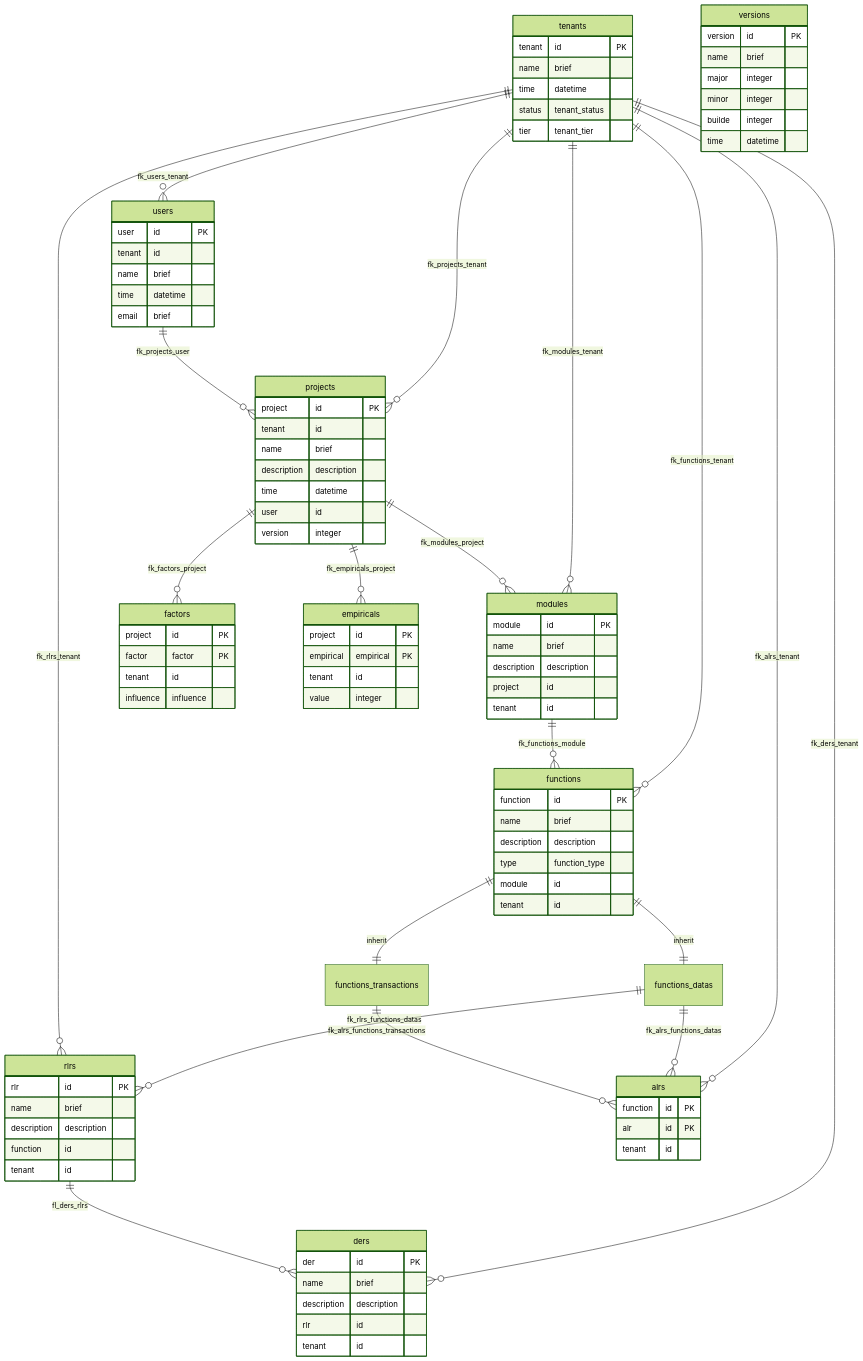
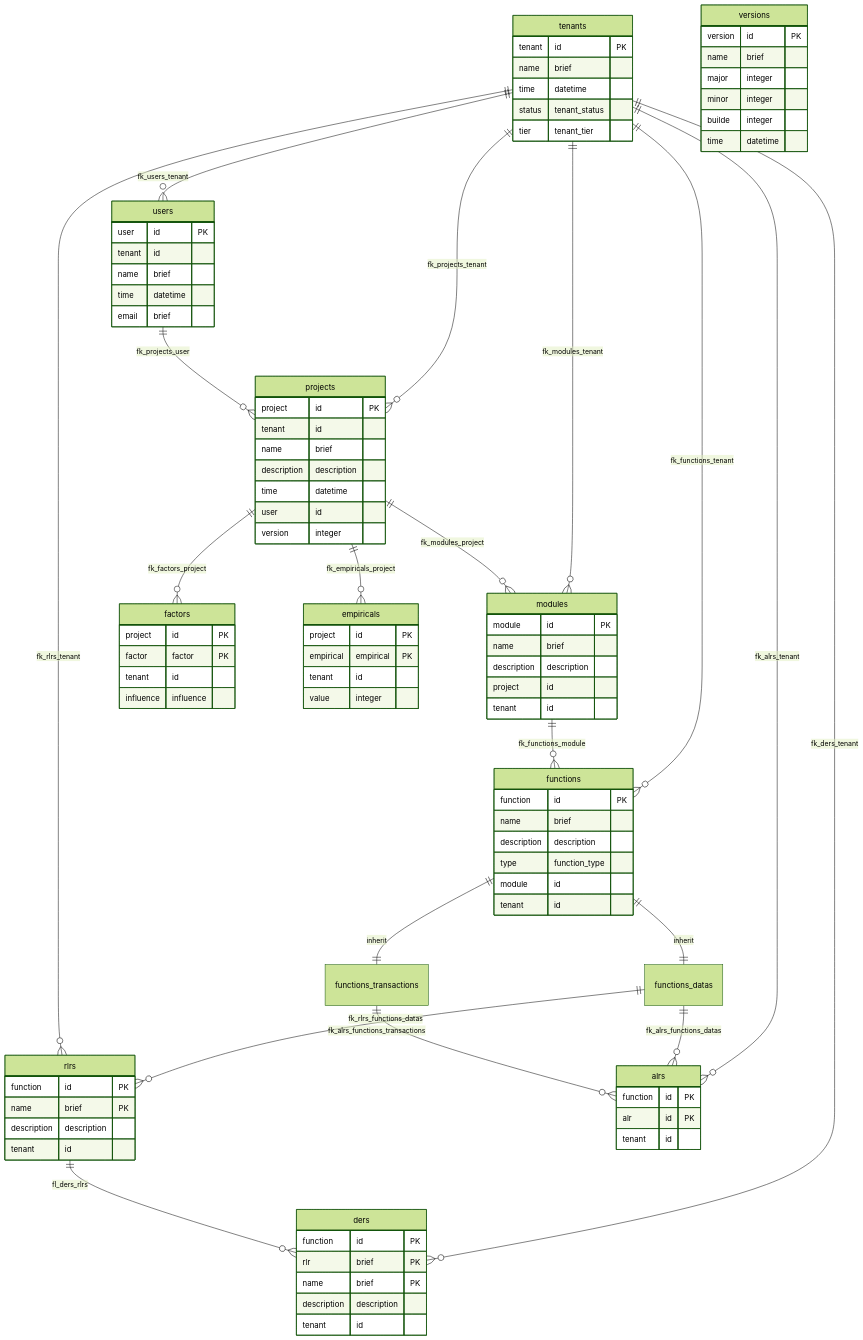
The diagram in database/diagram.md (LVRodrigues/fpa-management), drawn with Mermaid (forest theme) before and after one commit. The commit also changed 9 other files, not shown here.

```diff
--- a/database/diagram.md
+++ b/database/diagram.md
@@ -100,18 +100,17 @@
     }
 
     rlrs {
-        rlr         id          PK
-        name        brief
+        function    id          PK
+        name        brief       PK
         description description
-        function    id
         tenant      id
     }
 
     ders {
-        der         id          PK
-        name        brief
+        function    id          PK
+        rlr         brief       PK
+        name        brief       PK
         description description
-        rlr         id
         tenant      id
     }
 
```
